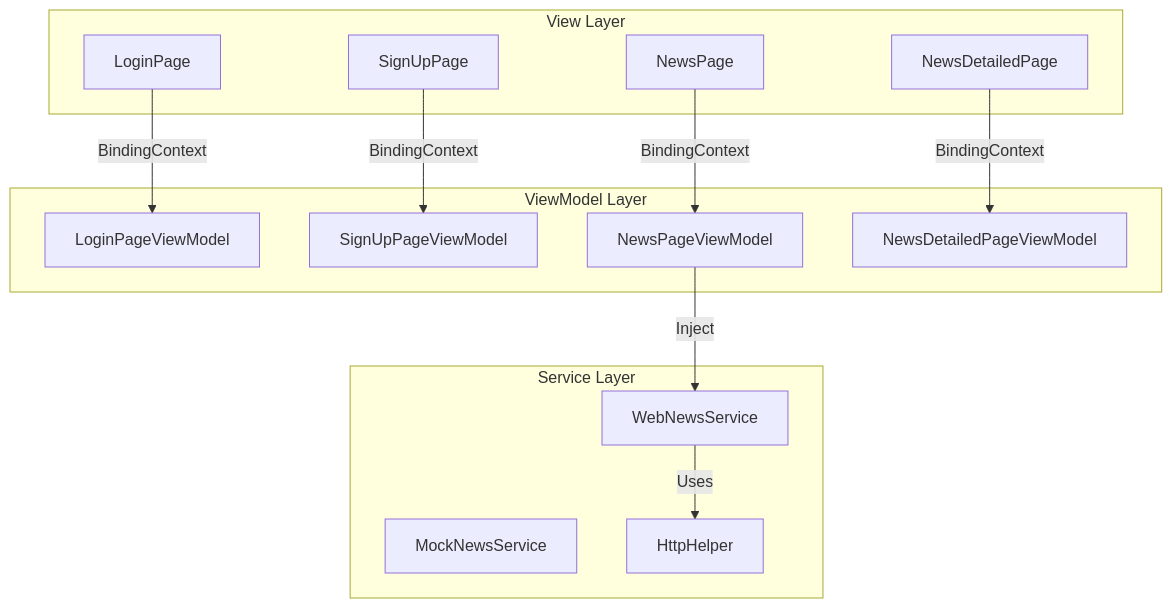
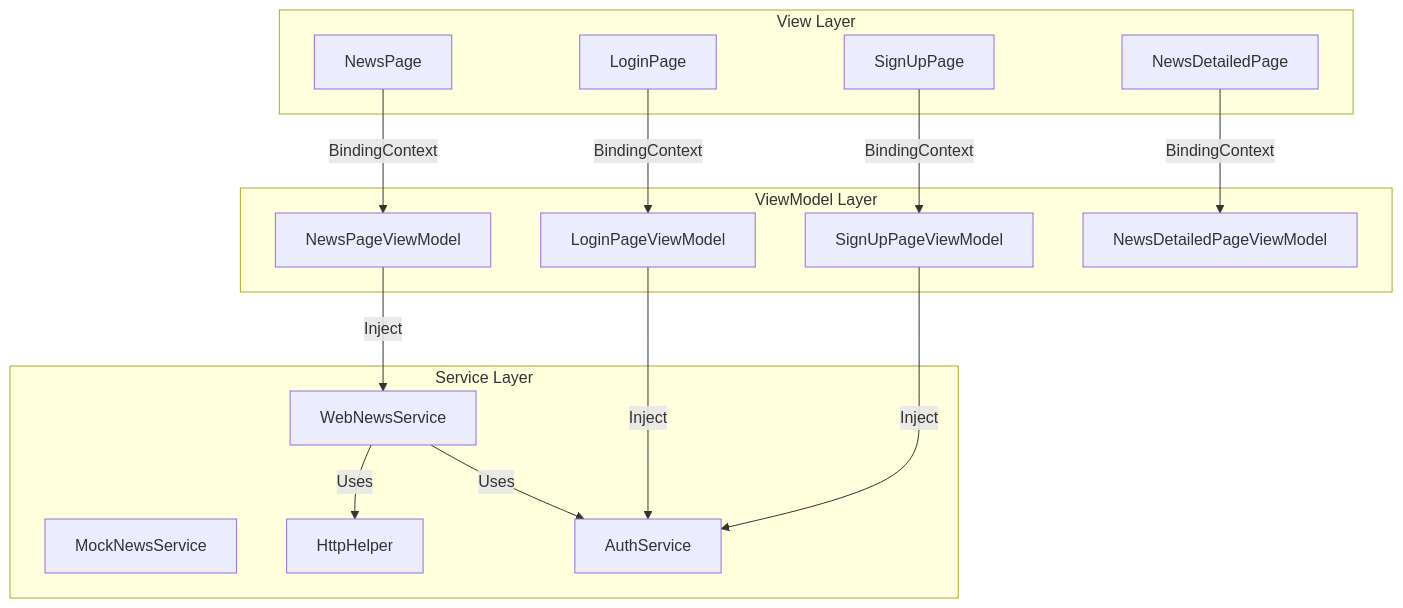
One commit to KLNHOMEALONE/Innowise.Music changed the third of 5 diagrams in Docs/project.md. Above: the diagram before and after it, drawn with Mermaid. The commit also changed other lines of this file and 16 other files, not shown here.

````diff
--- a/Docs/project.md
+++ b/Docs/project.md
@@ -80,30 +86,34 @@
 ```mermaid
 graph TD
     subgraph View Layer
         A[LoginPage]
         B[SignUpPage]
         C[NewsPage]
         D[NewsDetailedPage]
     end
     
     subgraph ViewModel Layer
         E[LoginPageViewModel]
         F[SignUpPageViewModel]
         G[NewsPageViewModel]
         H[NewsDetailedPageViewModel]
     end
     
     subgraph Service Layer
         I[WebNewsService]
         J[MockNewsService]
         K[HttpHelper]
+        L[AuthService]
     end
     
     A -->|BindingContext| E
     B -->|BindingContext| F
     C -->|BindingContext| G
     D -->|BindingContext| H
     
     G -->|Inject| I
     I -->|Uses| K
+    I -->|Uses| L
+    E -->|Inject| L
+    F -->|Inject| L
 ```
````
